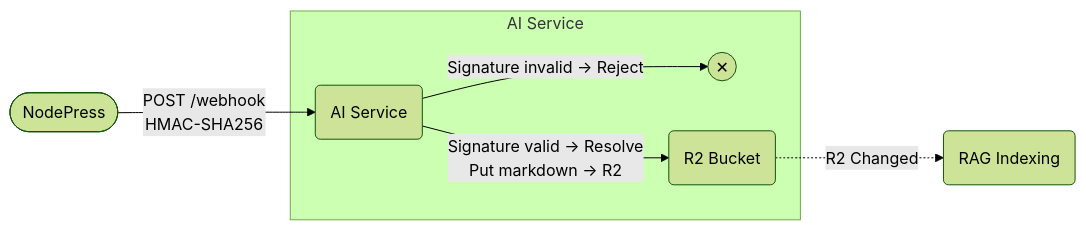
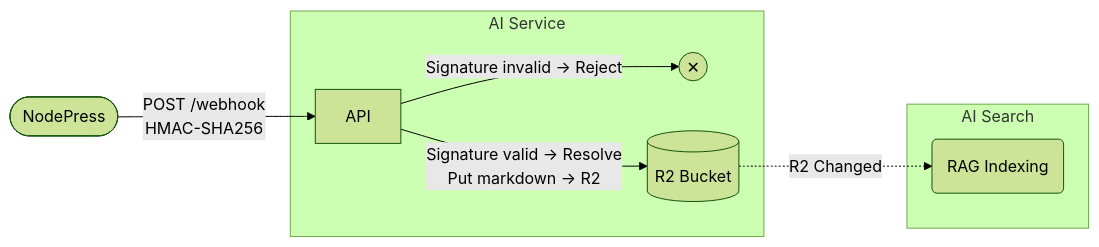
The second of 5 diagrams in ARCHITECTURE.zh-CN.md (surmon-china/surmon.me.ai), drawn with Mermaid (forest theme) before and after one commit.

````diff
--- a/ARCHITECTURE.zh-CN.md
+++ b/ARCHITECTURE.zh-CN.md
@@ -123,9 +123,11 @@
 ```mermaid
 flowchart LR
-    NodePress(["NodePress"]) --> |"POST /webhook <br> HMAC-SHA256"| AIService("AI Service")
-    subgraph AI ["AI Service"]
-        AIService --> |"Signature invalid → Reject"| STOP(("✕"))
-        AIService --> |"Signature valid → Resolve <br> Put markdown → R2"| R2("R2 Bucket")
+    NodePress(["NodePress"]) --> |"POST /webhook <br> HMAC-SHA256"| API
+    subgraph AIService ["AI Service"]
+        API --> |"Signature invalid → Reject"| STOP(("✕"))
+        API --> |"Signature valid → Resolve <br> Put markdown → R2"| R2[("R2 Bucket")]
     end
+    subgraph AISearch ["AI Search"]
      R2 -.-> |"R2 Changed"| RAG("RAG Indexing")
+    end
 ```
````
